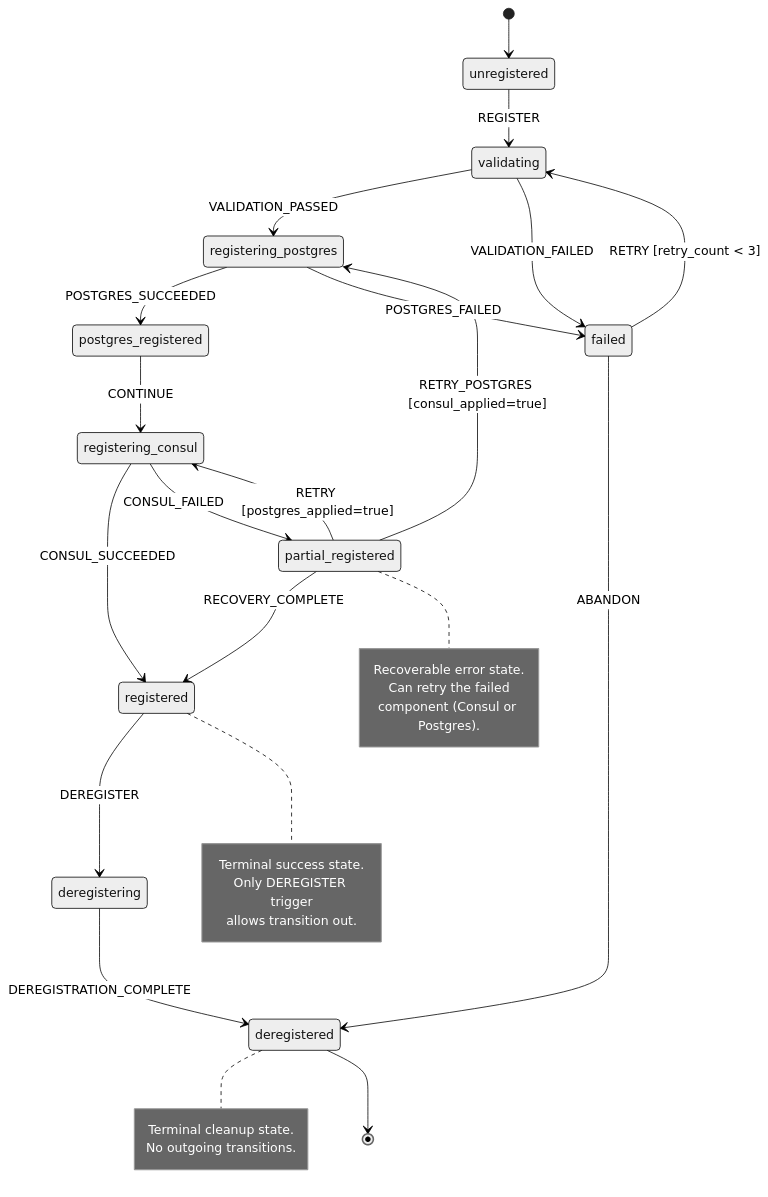
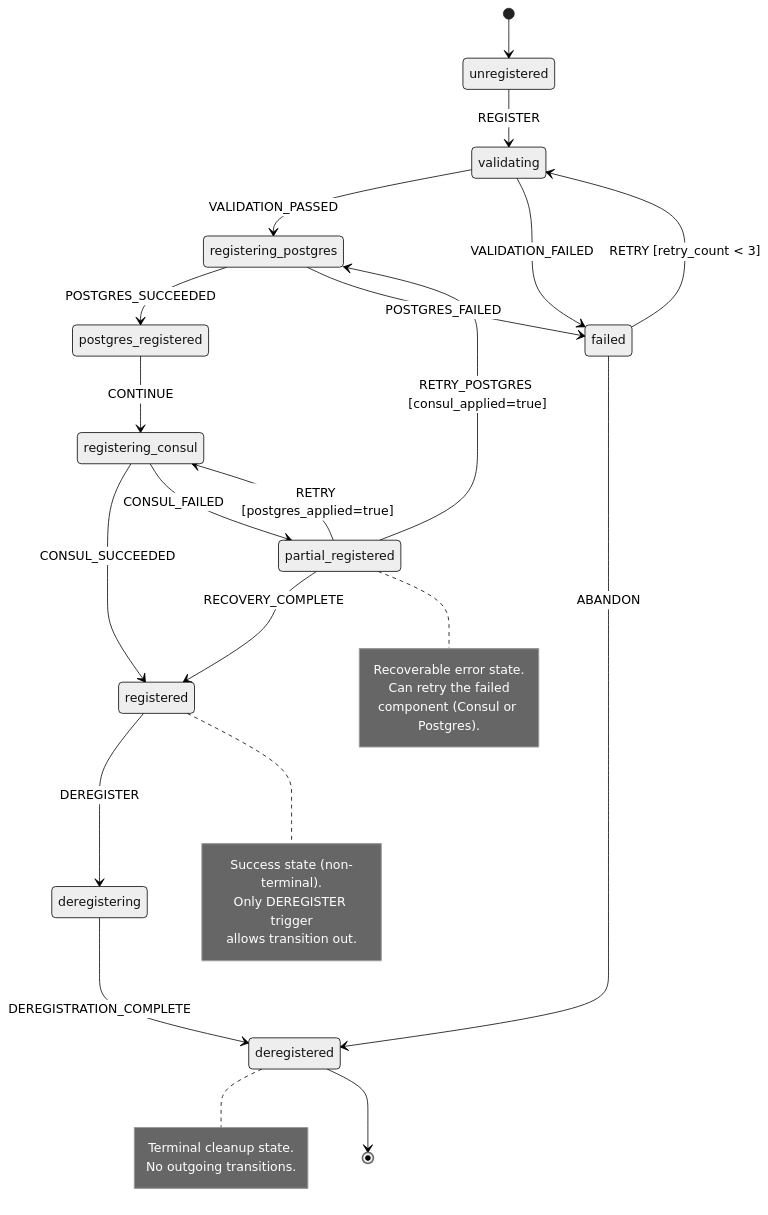
One commit to OmniNode-ai/omnibase_core changed the diagram in docs/architecture/REGISTRATION_FSM_CONTRACT.md. Above: the diagram before and after it, drawn with Mermaid (neutral theme). The commit also changed other lines of this file, not shown here.

````diff
--- a/docs/architecture/REGISTRATION_FSM_CONTRACT.md
+++ b/docs/architecture/REGISTRATION_FSM_CONTRACT.md
@@ -784,47 +857,47 @@
 ```mermaid
 stateDiagram-v2
     [*] --> unregistered
 
     unregistered --> validating : REGISTER
 
     validating --> registering_postgres : VALIDATION_PASSED
     validating --> failed : VALIDATION_FAILED
 
     registering_postgres --> postgres_registered : POSTGRES_SUCCEEDED
     registering_postgres --> failed : POSTGRES_FAILED
 
     postgres_registered --> registering_consul : CONTINUE
 
     registering_consul --> registered : CONSUL_SUCCEEDED
     registering_consul --> partial_registered : CONSUL_FAILED
 
     partial_registered --> registering_consul : RETRY [postgres_applied=true]
     partial_registered --> registering_postgres : RETRY_POSTGRES [consul_applied=true]
     partial_registered --> registered : RECOVERY_COMPLETE
 
     registered --> deregistering : DEREGISTER
 
     deregistering --> deregistered : DEREGISTRATION_COMPLETE
 
     failed --> validating : RETRY [retry_count < 3]
     failed --> deregistered : ABANDON
 
     note right of registered
-        Terminal success state.
+        Success state (non-terminal).
         Only DEREGISTER trigger
         allows transition out.
     end note
 
     note right of partial_registered
         Recoverable error state.
         Can retry the failed
         component (Consul or Postgres).
     end note
 
     note right of deregistered
         Terminal cleanup state.
         No outgoing transitions.
     end note
 
     deregistered --> [*]
 ```
````
